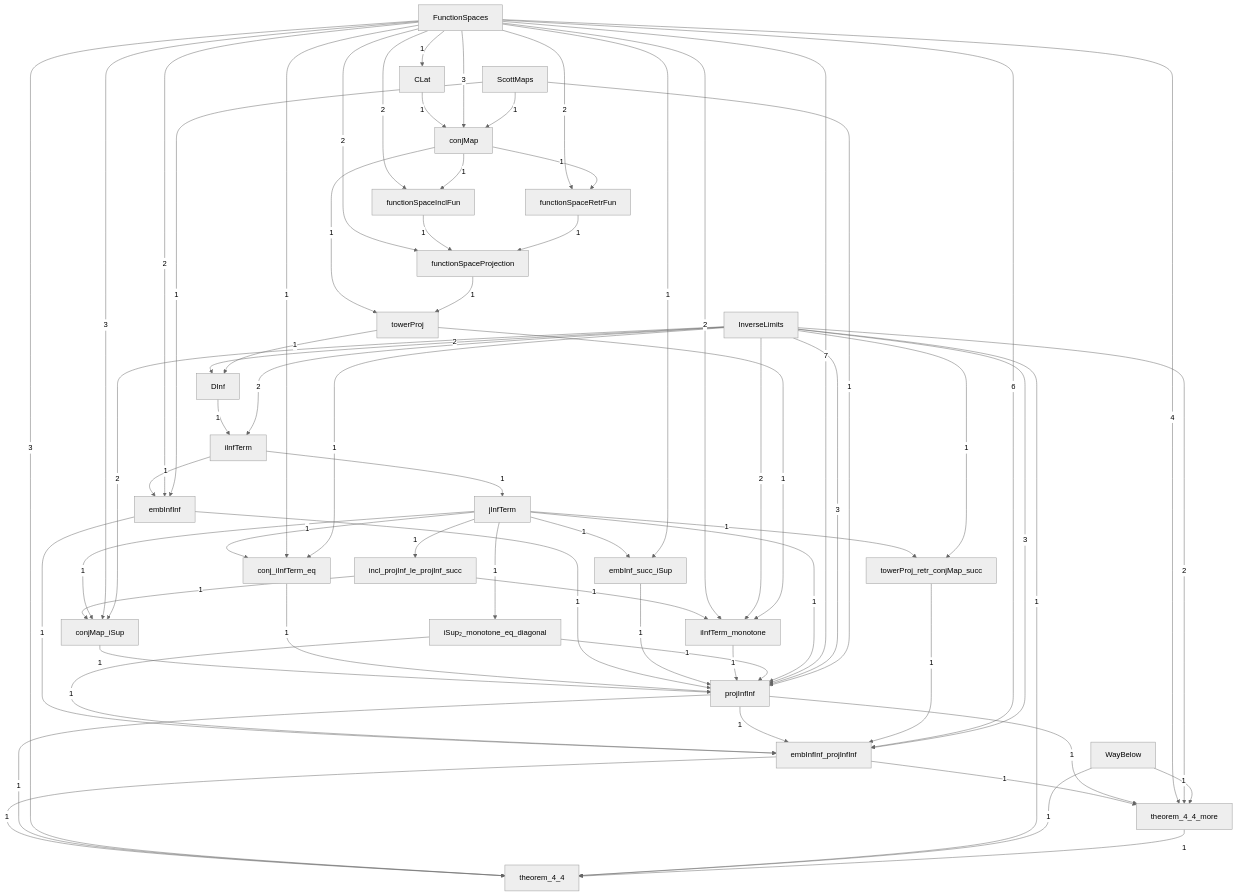
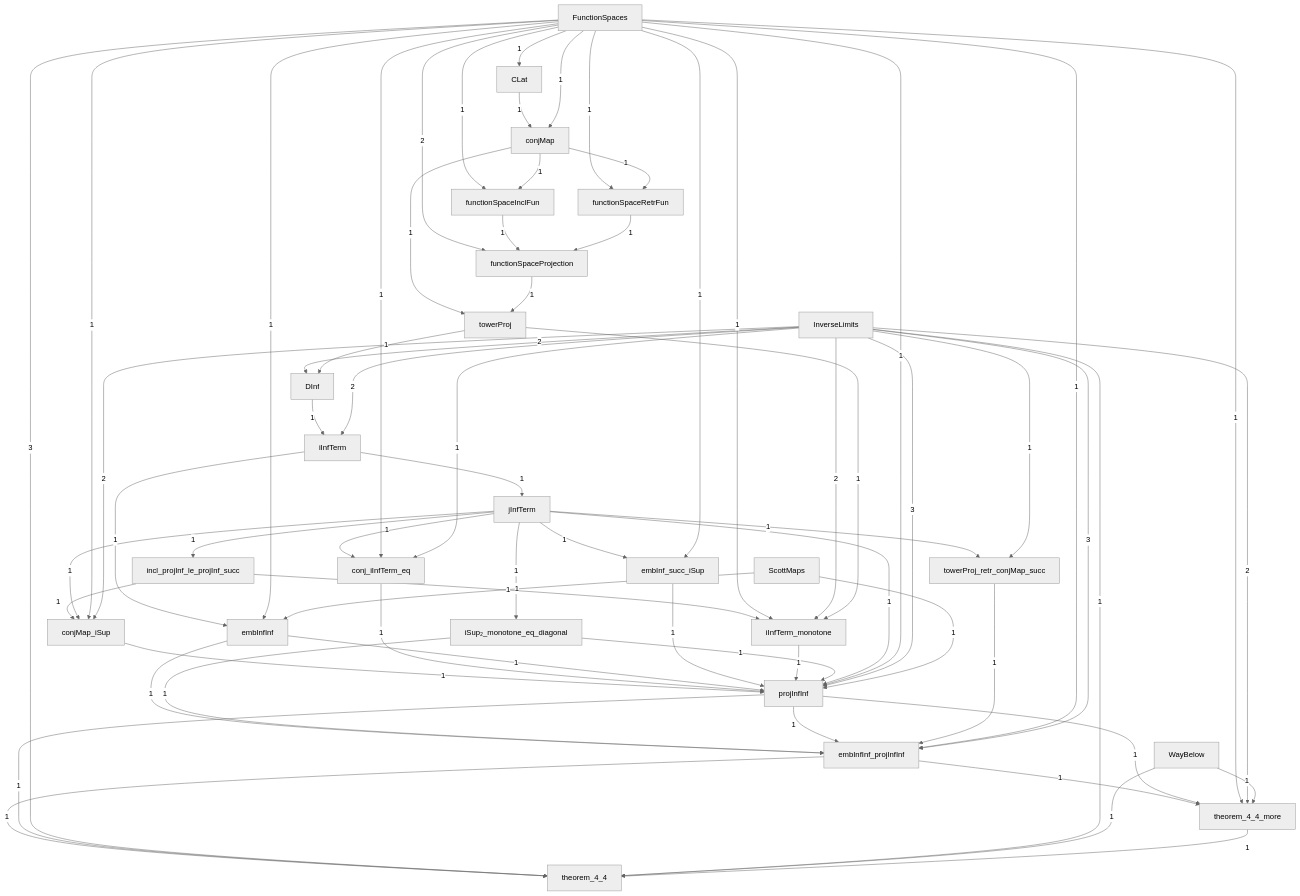
Before and after one commit to catskillsresearch/DomainTheory: the diagram in DomainTheory/ContinuousLattice/FunctionSpaceTower/1972_Limit_function_space_inverse.mermaid, drawn with Mermaid (neutral theme). The commit also changed 29 other files, not shown here.

First line of the commit message:
Make the chapter PDF compile Scott's diagrams and revision marks.

```diff
--- a/DomainTheory/ContinuousLattice/FunctionSpaceTower/1972_Limit_function_space_inverse.mermaid
+++ b/DomainTheory/ContinuousLattice/FunctionSpaceTower/1972_Limit_function_space_inverse.mermaid
@@ -1,99 +1,98 @@
 %% Inside FunctionSpaceTower. A box is one Lean file in this folder, or one subfolder.
 %% A box named as another folder is that whole folder. A box named as another chapter is that whole chapter.
 %% The arrowhead points at the file or folder that imports. The label is how many direct imports.
 flowchart TB
 
   CLat["CLat"]
   FunctionSpaceTower_conj_iInfTerm_eq["conj_iInfTerm_eq"]
   conjMap["conjMap"]
   FunctionSpaceTower_conjMap_iSup["conjMap_iSup"]
   DInf["DInf"]
   FunctionSpaceTower_embInf_succ_iSup["embInf_succ_iSup"]
   FunctionSpaceTower_embInfInf["embInfInf"]
   FunctionSpaceTower_embInfInf_projInfInf["embInfInf_projInfInf"]
   functionSpaceInclFun["functionSpaceInclFun"]
   functionSpaceProjection["functionSpaceProjection"]
   functionSpaceRetrFun["functionSpaceRetrFun"]
   FunctionSpaces["FunctionSpaces"]
   FunctionSpaceTower_iInfTerm["iInfTerm"]
   FunctionSpaceTower_iInfTerm_monotone["iInfTerm_monotone"]
   FunctionSpaceTower_incl_projInf_le_projInf_succ["incl_projInf_le_projInf_succ"]
   InverseLimits["InverseLimits"]
   FunctionSpaceTower_iSup__monotone_eq_diagonal["iSup₂_monotone_eq_diagonal"]
   FunctionSpaceTower_jInfTerm["jInfTerm"]
   FunctionSpaceTower_projInfInf["projInfInf"]
   ScottMaps["ScottMaps"]
   theorem_4_4["theorem_4_4"]
   theorem_4_4_more["theorem_4_4_more"]
   towerProj["towerProj"]
   FunctionSpaceTower_towerProj_retr_conjMap_succ["towerProj_retr_conjMap_succ"]
   WayBelow["WayBelow"]
 
   FunctionSpaces -->|"1"| CLat
   InverseLimits -->|"2"| DInf
   towerProj -->|"1"| DInf
   FunctionSpaceTower_incl_projInf_le_projInf_succ -->|"1"| FunctionSpaceTower_conjMap_iSup
   FunctionSpaceTower_jInfTerm -->|"1"| FunctionSpaceTower_conjMap_iSup
-  FunctionSpaces -->|"3"| FunctionSpaceTower_conjMap_iSup
+  FunctionSpaces -->|"1"| FunctionSpaceTower_conjMap_iSup
   InverseLimits -->|"2"| FunctionSpaceTower_conjMap_iSup
   FunctionSpaceTower_jInfTerm -->|"1"| FunctionSpaceTower_conj_iInfTerm_eq
   FunctionSpaces -->|"1"| FunctionSpaceTower_conj_iInfTerm_eq
   InverseLimits -->|"1"| FunctionSpaceTower_conj_iInfTerm_eq
   FunctionSpaceTower_iInfTerm -->|"1"| FunctionSpaceTower_embInfInf
-  FunctionSpaces -->|"2"| FunctionSpaceTower_embInfInf
+  FunctionSpaces -->|"1"| FunctionSpaceTower_embInfInf
   ScottMaps -->|"1"| FunctionSpaceTower_embInfInf
   FunctionSpaceTower_embInfInf -->|"1"| FunctionSpaceTower_embInfInf_projInfInf
   FunctionSpaceTower_iSup__monotone_eq_diagonal -->|"1"| FunctionSpaceTower_embInfInf_projInfInf
   FunctionSpaceTower_projInfInf -->|"1"| FunctionSpaceTower_embInfInf_projInfInf
   FunctionSpaceTower_towerProj_retr_conjMap_succ -->|"1"| FunctionSpaceTower_embInfInf_projInfInf
-  FunctionSpaces -->|"6"| FunctionSpaceTower_embInfInf_projInfInf
+  FunctionSpaces -->|"1"| FunctionSpaceTower_embInfInf_projInfInf
   InverseLimits -->|"3"| FunctionSpaceTower_embInfInf_projInfInf
   FunctionSpaceTower_jInfTerm -->|"1"| FunctionSpaceTower_embInf_succ_iSup
   FunctionSpaces -->|"1"| FunctionSpaceTower_embInf_succ_iSup
   DInf -->|"1"| FunctionSpaceTower_iInfTerm
   InverseLimits -->|"2"| FunctionSpaceTower_iInfTerm
   FunctionSpaceTower_incl_projInf_le_projInf_succ -->|"1"| FunctionSpaceTower_iInfTerm_monotone
-  FunctionSpaces -->|"2"| FunctionSpaceTower_iInfTerm_monotone
+  FunctionSpaces -->|"1"| FunctionSpaceTower_iInfTerm_monotone
   InverseLimits -->|"2"| FunctionSpaceTower_iInfTerm_monotone
   towerProj -->|"1"| FunctionSpaceTower_iInfTerm_monotone
   FunctionSpaceTower_jInfTerm -->|"1"| FunctionSpaceTower_iSup__monotone_eq_diagonal
   FunctionSpaceTower_jInfTerm -->|"1"| FunctionSpaceTower_incl_projInf_le_projInf_succ
   FunctionSpaceTower_iInfTerm -->|"1"| FunctionSpaceTower_jInfTerm
   FunctionSpaceTower_conjMap_iSup -->|"1"| FunctionSpaceTower_projInfInf
   FunctionSpaceTower_conj_iInfTerm_eq -->|"1"| FunctionSpaceTower_projInfInf
   FunctionSpaceTower_embInfInf -->|"1"| FunctionSpaceTower_projInfInf
   FunctionSpaceTower_embInf_succ_iSup -->|"1"| FunctionSpaceTower_projInfInf
   FunctionSpaceTower_iInfTerm_monotone -->|"1"| FunctionSpaceTower_projInfInf
   FunctionSpaceTower_iSup__monotone_eq_diagonal -->|"1"| FunctionSpaceTower_projInfInf
   FunctionSpaceTower_jInfTerm -->|"1"| FunctionSpaceTower_projInfInf
-  FunctionSpaces -->|"7"| FunctionSpaceTower_projInfInf
+  FunctionSpaces -->|"1"| FunctionSpaceTower_projInfInf
   InverseLimits -->|"3"| FunctionSpaceTower_projInfInf
   ScottMaps -->|"1"| FunctionSpaceTower_projInfInf
   FunctionSpaceTower_jInfTerm -->|"1"| FunctionSpaceTower_towerProj_retr_conjMap_succ
   InverseLimits -->|"1"| FunctionSpaceTower_towerProj_retr_conjMap_succ
   CLat -->|"1"| conjMap
-  FunctionSpaces -->|"3"| conjMap
-  ScottMaps -->|"1"| conjMap
-  FunctionSpaces -->|"2"| functionSpaceInclFun
+  FunctionSpaces -->|"1"| conjMap
+  FunctionSpaces -->|"1"| functionSpaceInclFun
   conjMap -->|"1"| functionSpaceInclFun
   FunctionSpaces -->|"2"| functionSpaceProjection
   functionSpaceInclFun -->|"1"| functionSpaceProjection
   functionSpaceRetrFun -->|"1"| functionSpaceProjection
-  FunctionSpaces -->|"2"| functionSpaceRetrFun
+  FunctionSpaces -->|"1"| functionSpaceRetrFun
   conjMap -->|"1"| functionSpaceRetrFun
   FunctionSpaceTower_embInfInf_projInfInf -->|"1"| theorem_4_4
   FunctionSpaceTower_projInfInf -->|"1"| theorem_4_4
   FunctionSpaces -->|"3"| theorem_4_4
   InverseLimits -->|"1"| theorem_4_4
   WayBelow -->|"1"| theorem_4_4
   theorem_4_4_more -->|"1"| theorem_4_4
   FunctionSpaceTower_embInfInf_projInfInf -->|"1"| theorem_4_4_more
   FunctionSpaceTower_projInfInf -->|"1"| theorem_4_4_more
-  FunctionSpaces -->|"4"| theorem_4_4_more
+  FunctionSpaces -->|"1"| theorem_4_4_more
   InverseLimits -->|"2"| theorem_4_4_more
   WayBelow -->|"1"| theorem_4_4_more
   conjMap -->|"1"| towerProj
   functionSpaceProjection -->|"1"| towerProj
 
   classDef file fill:#dbeafe,stroke:#1d4ed8,color:#1e3a8a
   classDef ext fill:#f3f4f6,stroke:#374151,color:#111827
```
